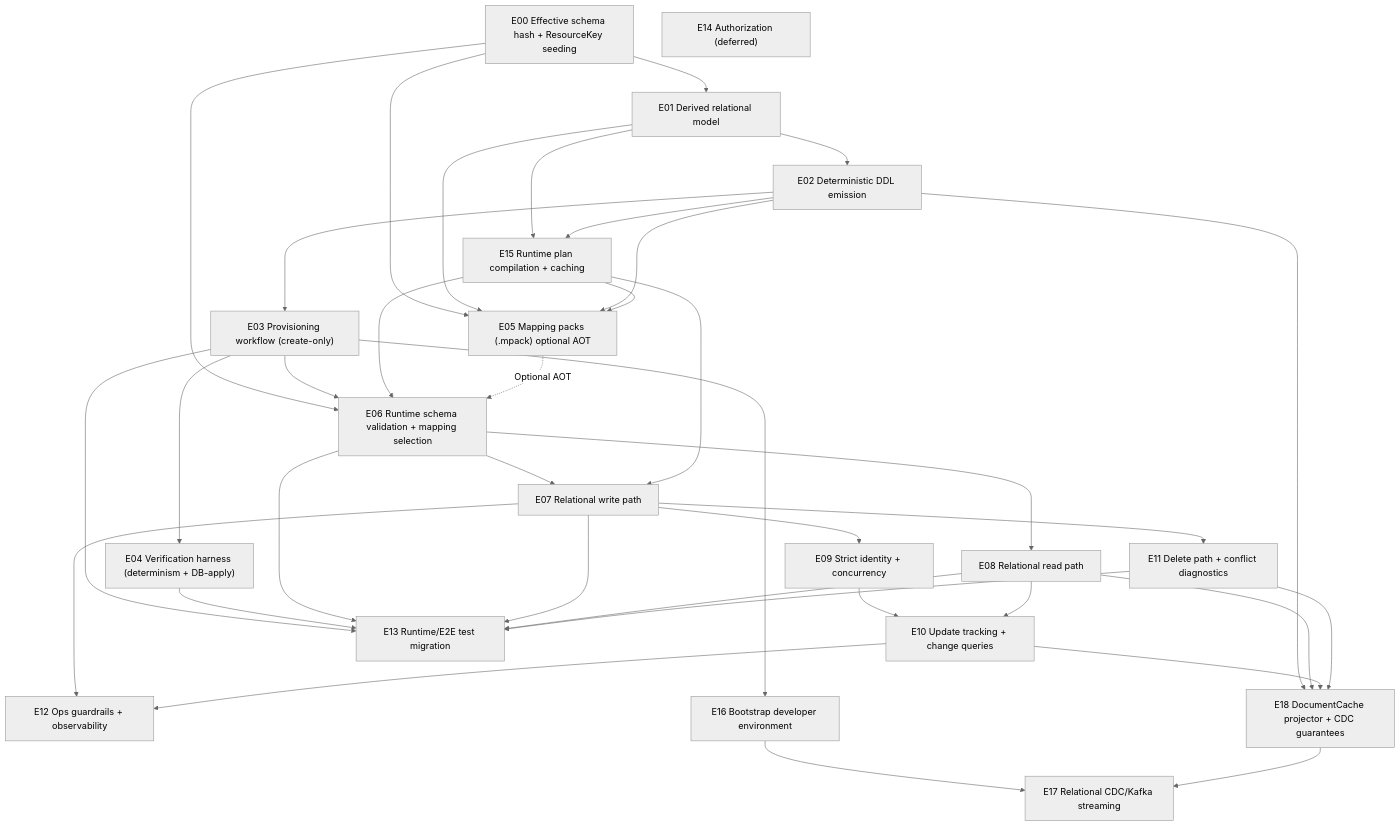
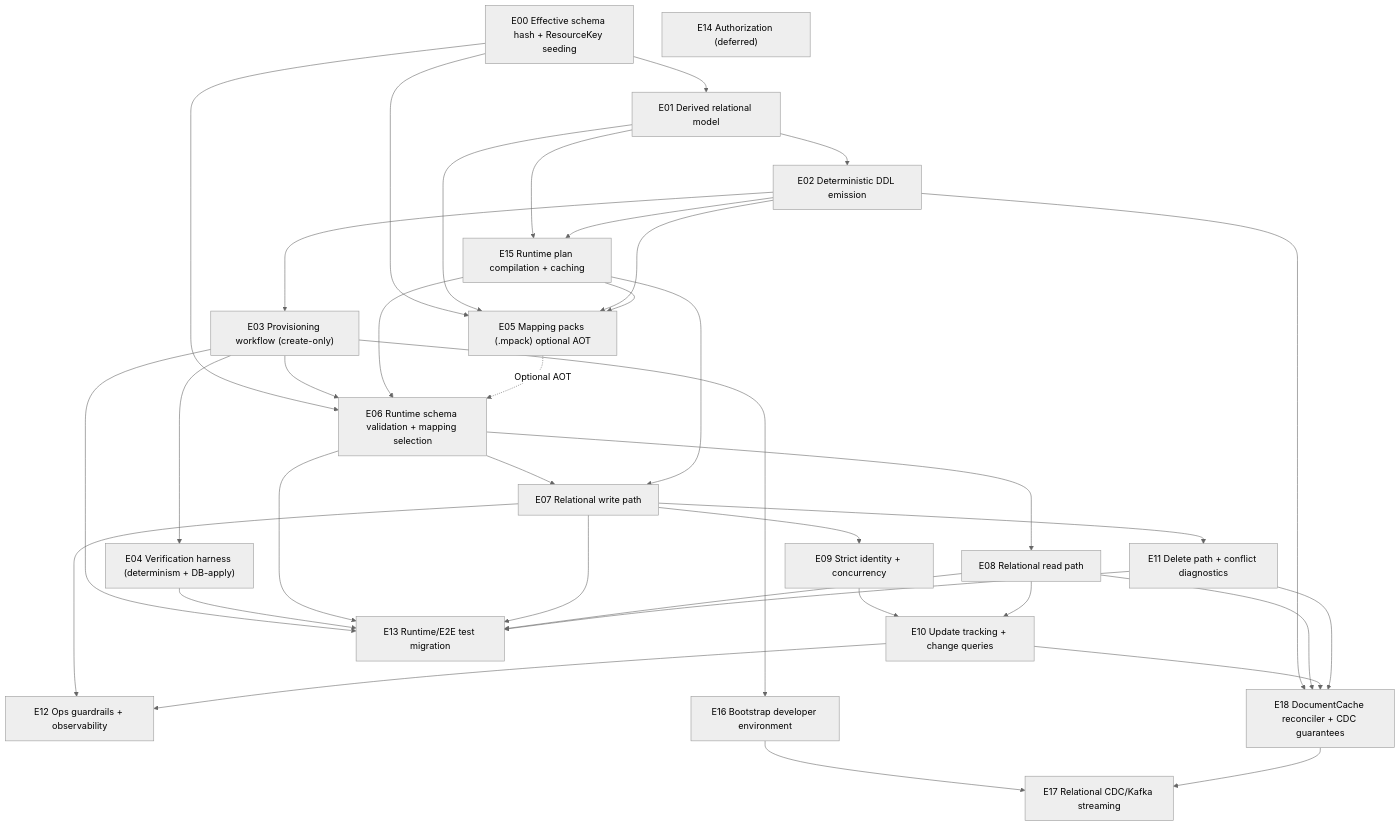
The diagram in reference/design/backend-redesign/epics/DEPENDENCIES.md (Ed-Fi-Alliance-OSS/Data-Management-Service), drawn with Mermaid (neutral theme) before and after one commit. The commit also changed other lines of this file and 29 other files, not shown here.

````diff
--- a/reference/design/backend-redesign/epics/DEPENDENCIES.md
+++ b/reference/design/backend-redesign/epics/DEPENDENCIES.md
@@ -26,63 +26,63 @@
 ```mermaid
 graph TD
   E00["E00 Effective schema hash + ResourceKey seeding"]
   E01["E01 Derived relational model"]
   E02["E02 Deterministic DDL emission"]
   E03["E03 Provisioning workflow (create-only)"]
   E04["E04 Verification harness (determinism + DB-apply)"]
   E05["E05 Mapping packs (.mpack) optional AOT"]
   E06["E06 Runtime schema validation + mapping selection"]
   E07["E07 Relational write path"]
   E08["E08 Relational read path"]
   E09["E09 Strict identity + concurrency"]
   E10["E10 Update tracking + change queries"]
   E11["E11 Delete path + conflict diagnostics"]
   E12["E12 Ops guardrails + observability"]
   E13["E13 Runtime/E2E test migration"]
   E14["E14 Authorization (deferred)"]
   E15["E15 Runtime plan compilation + caching"]
   E16["E16 Bootstrap developer environment"]
   E17["E17 Relational CDC/Kafka streaming"]
-  E18["E18 DocumentCache projector + CDC guarantees"]
+  E18["E18 DocumentCache reconciler + CDC guarantees"]
 
   E00 --> E01 --> E02 --> E03 --> E04
 
   E01 --> E15
   E02 --> E15
 
   E00 --> E05
   E01 --> E05
   E02 --> E05
   E15 --> E05
 
   E00 --> E06
   E03 --> E06
   E15 --> E06
   E05 -. Optional AOT .-> E06
 
   E06 --> E07 --> E09 --> E10
   E15 --> E07
   E06 --> E08 --> E10
   E07 --> E11
   E07 --> E12
   E10 --> E12
 
   E03 --> E13
   E04 --> E13
   E06 --> E13
   E07 --> E13
   E08 --> E13
   E11 --> E13
 
   E03 --> E16
 
   E02 --> E18
   E08 --> E18
   E10 --> E18
   E11 --> E18
 
   E16 --> E17
   E18 --> E17
 
   E14
 ```
````
